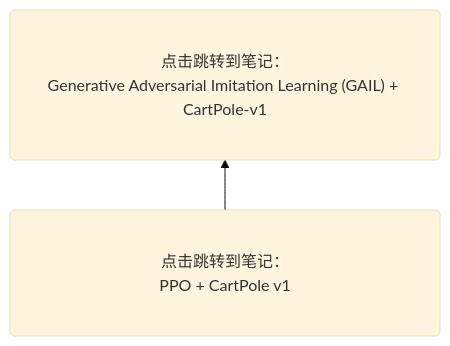
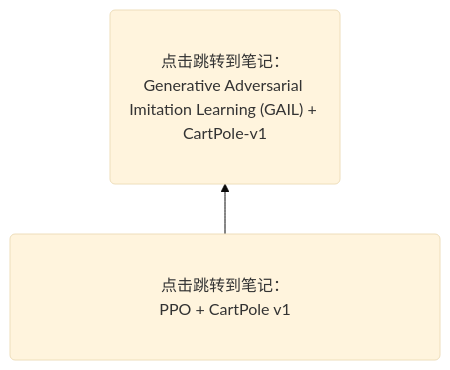
The diagram in 笔记封存/test.md (Gaoshu-root/Code-related-courses), drawn with Mermaid (base theme) before and after one commit.

Commit message:
Modify Mermaid graph styling in test.md

````diff
--- a/笔记封存/test.md
+++ b/笔记封存/test.md
@@ -2,9 +2,11 @@
 ```mermaid
 graph BT
     classDef wide padding:400px;
+    classDef wide1 padding:200px;
     P1("点击跳转到笔记：<br>PPO + CartPole v1") --> P2("点击跳转到笔记：<br>Generative Adversarial Imitation Learning (GAIL) + CartPole-v1")
     click P1 "https://github.com/Gaoshu-root/Code-related-courses/blob/main/RL2024/PPO_%2B_CartPole_v1_.ipynb"
     click P2 "https://github.com/Gaoshu-root/Code-related-courses/blob/main/RL2024/Generative%20Adversarial%20Imitation%20Learning(GAIL)/Generative%20Adversarial%20Imitation%20Learning%20(GAIL)%20%2B%20CartPole-v1%20.ipynb"
-   class P1,P2 wide
+   class P2 wide1
+   class P1 wide
 
 ```
````
